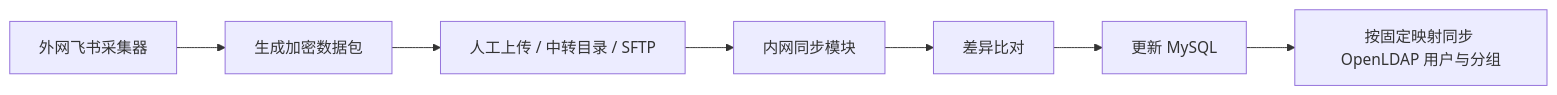
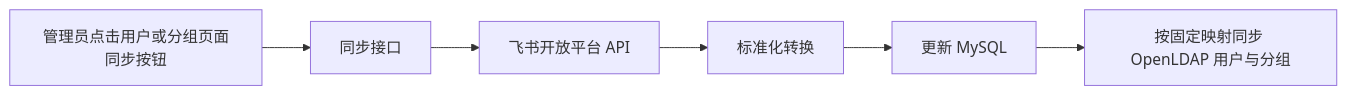
The fifth of 5 diagrams in docs/project-design.md (BR184/LDAP), drawn with Mermaid before and after one commit. The commit also changed other lines of this file and 35 other files, not shown here.

````diff
--- a/docs/project-design.md
+++ b/docs/project-design.md
@@ -896,9 +895,8 @@
 ```mermaid
 flowchart LR
-    A[外网飞书采集器] --> B[生成加密数据包]
-    B --> C[人工上传 / 中转目录 / SFTP]
-    C --> D[内网同步模块]
-    D --> E[差异比对]
-    E --> F[更新 MySQL]
-    F --> G[按固定映射同步 OpenLDAP 用户与分组]
+    A[管理员点击用户或分组页面同步按钮] --> B[同步接口]
+    B --> C[飞书开放平台 API]
+    C --> D[标准化转换]
+    D --> E[更新 MySQL]
+    E --> F[按固定映射同步 OpenLDAP 用户与分组]
 ```
````
